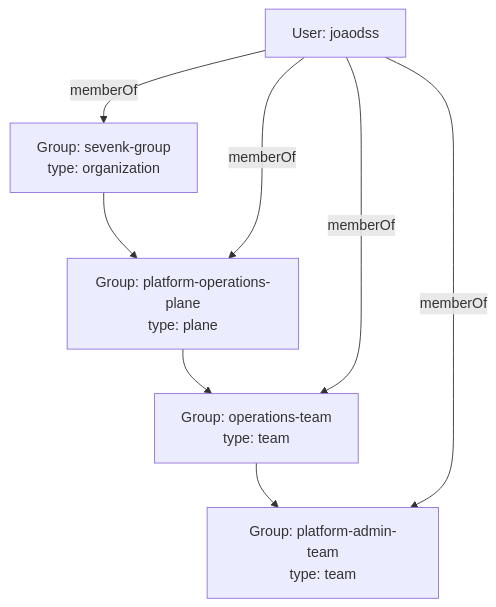
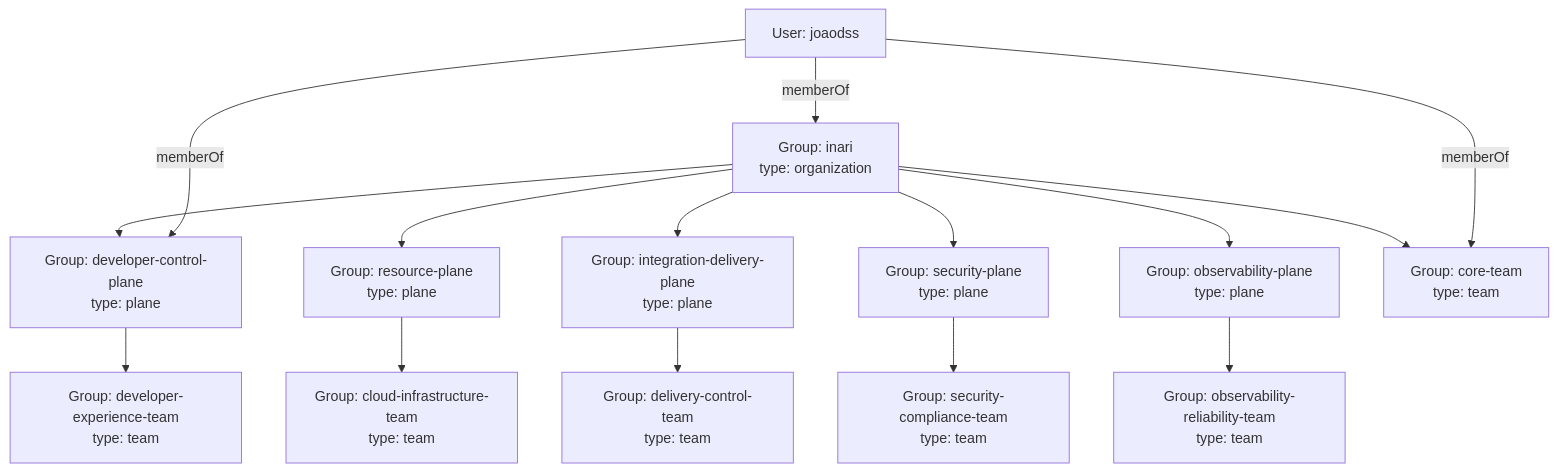
The diagram in catalog/README.md (7K-Group/backstage-catalog), drawn with Mermaid before and after one commit. The commit also changed 61 other files, not shown here.

````diff
--- a/catalog/README.md
+++ b/catalog/README.md
@@ -24,10 +24,18 @@
 ```mermaid
 graph TD
-	A[Group: sevenk-group<br/>type: organization] --> C[Group: platform-operations-plane<br/>type: plane]
-	C --> D[Group: operations-team<br/>type: team]
-	D --> E[Group: platform-admin-team<br/>type: team]
-	U[User: joaodss] -->|memberOf| E
-	U -->|memberOf| D
-	U -->|memberOf| C
-	U -->|memberOf| A
+	ORG[Group: inari<br/>type: organization]
+	ORG --> DCP[Group: developer-control-plane<br/>type: plane]
+	ORG --> RP[Group: resource-plane<br/>type: plane]
+	ORG --> IDP[Group: integration-delivery-plane<br/>type: plane]
+	ORG --> SP[Group: security-plane<br/>type: plane]
+	ORG --> OP[Group: observability-plane<br/>type: plane]
+	ORG --> CT[Group: core-team<br/>type: team]
+	DCP --> DET[Group: developer-experience-team<br/>type: team]
+	RP --> CIT[Group: cloud-infrastructure-team<br/>type: team]
+	IDP --> DCT[Group: delivery-control-team<br/>type: team]
+	SP --> SCT[Group: security-compliance-team<br/>type: team]
+	OP --> ORT[Group: observability-reliability-team<br/>type: team]
+	U[User: joaodss] -->|memberOf| CT
+	U -->|memberOf| DCP
+	U -->|memberOf| ORG
 ```
````
